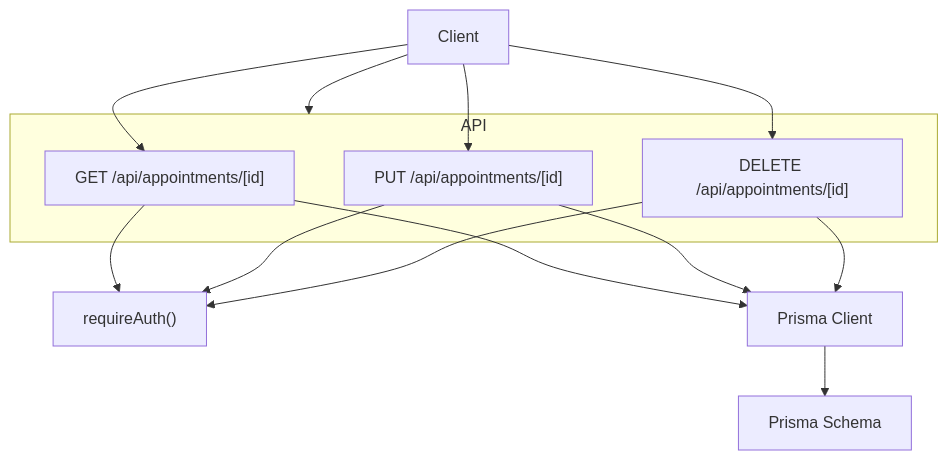
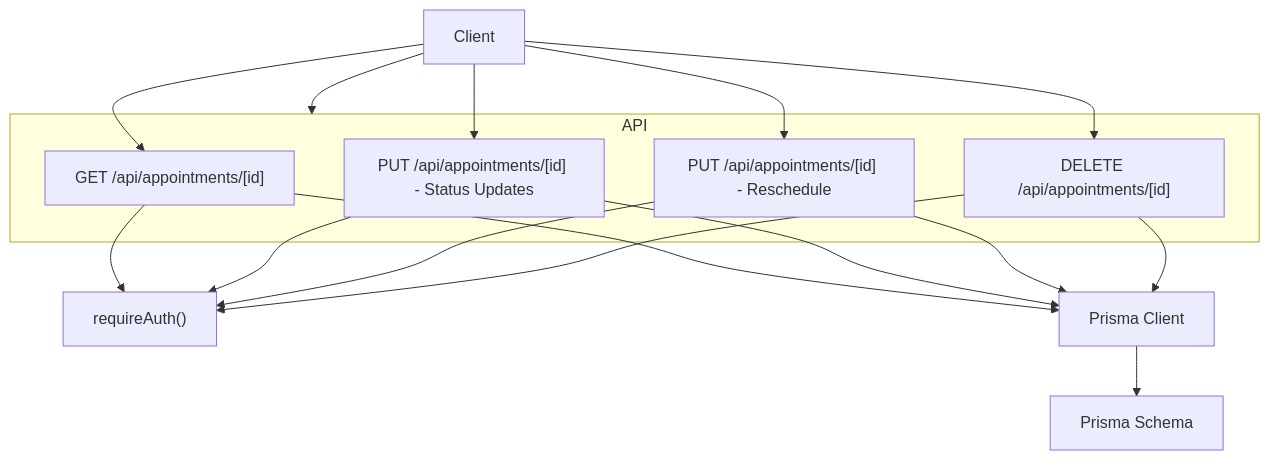
Before and after one commit to Javeria-Javaid/ai-powered-pet-healthcare-ecosystem: the first of 4 diagrams in .qoder/repowiki/en/content/API Reference/Appointment Scheduling API/Appointment Management API.md, drawn with Mermaid. The commit also changed other lines of this file and 38 other files, not shown here.

````diff
--- a/.qoder/repowiki/en/content/API Reference/Appointment Scheduling API/Appointment Management API.md
+++ b/.qoder/repowiki/en/content/API Reference/Appointment Scheduling API/Appointment Management API.md
@@ -35,22 +44,26 @@
 ```mermaid
 graph TB
 Client["Client"] --> API["Next.js API Routes"]
 subgraph "API"
 A1["GET /api/appointments/[id]"]
-A2["PUT /api/appointments/[id]"]
-A3["DELETE /api/appointments/[id]"]
+A2["PUT /api/appointments/[id] - Status Updates"]
+A3["PUT /api/appointments/[id] - Reschedule"]
+A4["DELETE /api/appointments/[id]"]
 end
 Auth["requireAuth()"]
 DB["Prisma Client"]
 Schema["Prisma Schema"]
 Client --> A1
 Client --> A2
 Client --> A3
+Client --> A4
 A1 --> Auth
 A2 --> Auth
 A3 --> Auth
+A4 --> Auth
 A1 --> DB
 A2 --> DB
 A3 --> DB
+A4 --> DB
 DB --> Schema
 ```
````
